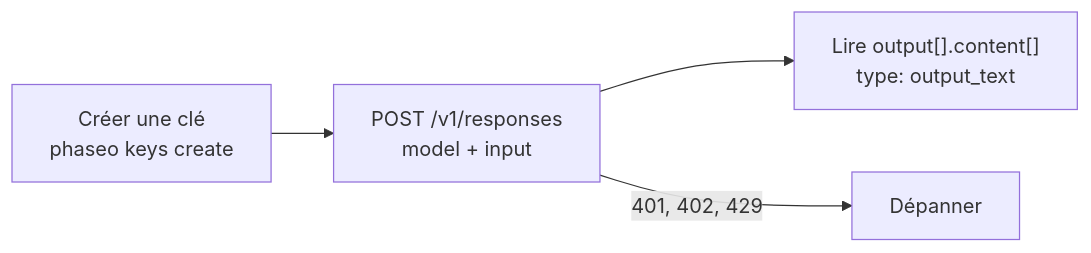
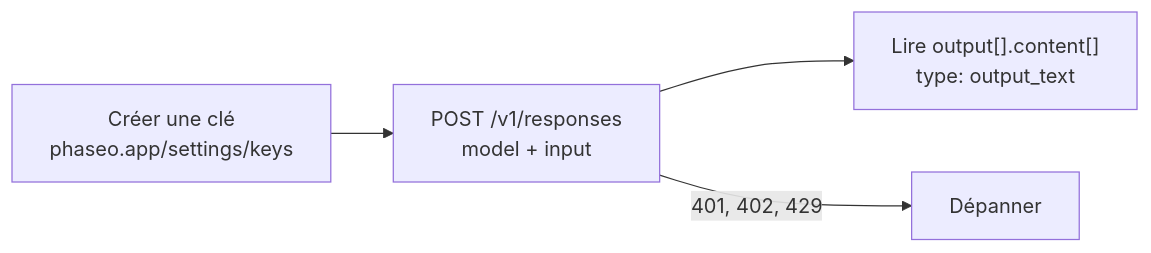
Before and after one commit to phaseoteam/Phaseo: the diagram in apps/docs/fr/v1/quickstart.mdx, drawn with Mermaid. The commit also changed other lines of this file and 238 other files, not shown here.

````diff
--- a/apps/docs/fr/v1/quickstart.mdx
+++ b/apps/docs/fr/v1/quickstart.mdx
@@ -9,6 +9,6 @@
 ```mermaid
 flowchart LR
-  key["Créer une clé<br/>phaseo keys create"] --> req["POST /v1/responses<br/>model + input"]
+  key["Créer une clé<br/>phaseo.app/settings/keys"] --> req["POST /v1/responses<br/>model + input"]
   req --> read["Lire output[].content[]<br/>type: output_text"]
   req -->|"401, 402, 429"| fix["Dépanner"]
 ```
````
